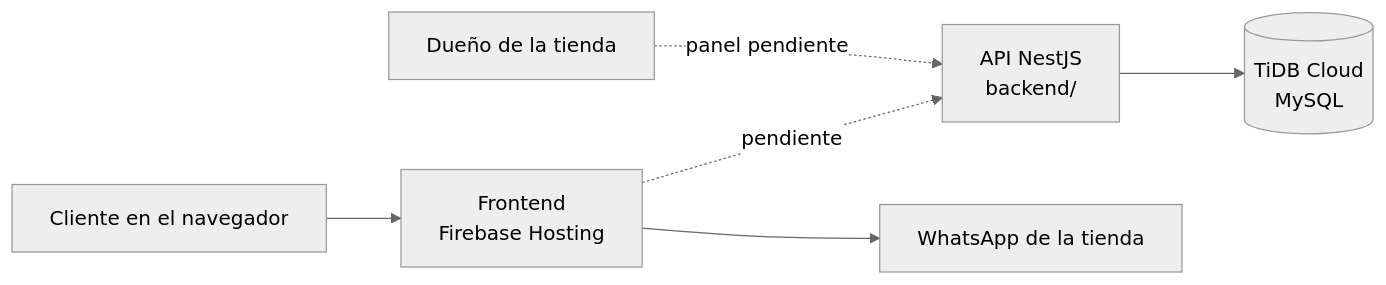
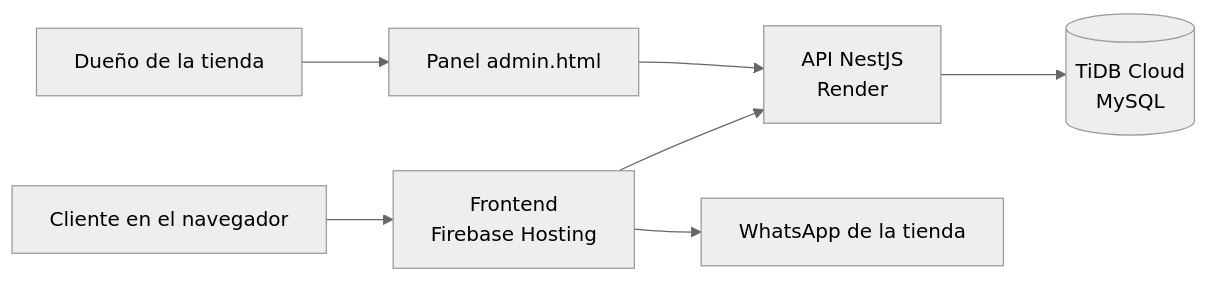
Before and after one commit to The-Engineer545/El_Mejengero_CR_website: the diagram in README.md, drawn with Mermaid (neutral theme). The commit also changed other lines of this file and 1 other file, not shown here.

````diff
--- a/README.md
+++ b/README.md
@@ -29,8 +29,8 @@
 ```mermaid
 flowchart LR
     C[Cliente en el navegador] --> F[Frontend<br/>Firebase Hosting]
-    F -. pendiente .-> A[API NestJS<br/>backend/]
-    D[Dueño de la tienda] -. panel pendiente .-> A
+    F --> A[API NestJS<br/>Render]
+    D[Dueño de la tienda] --> P[Panel admin.html] --> A
     A --> B[(TiDB Cloud<br/>MySQL)]
     F --> W[WhatsApp de la tienda]
 ```
````
